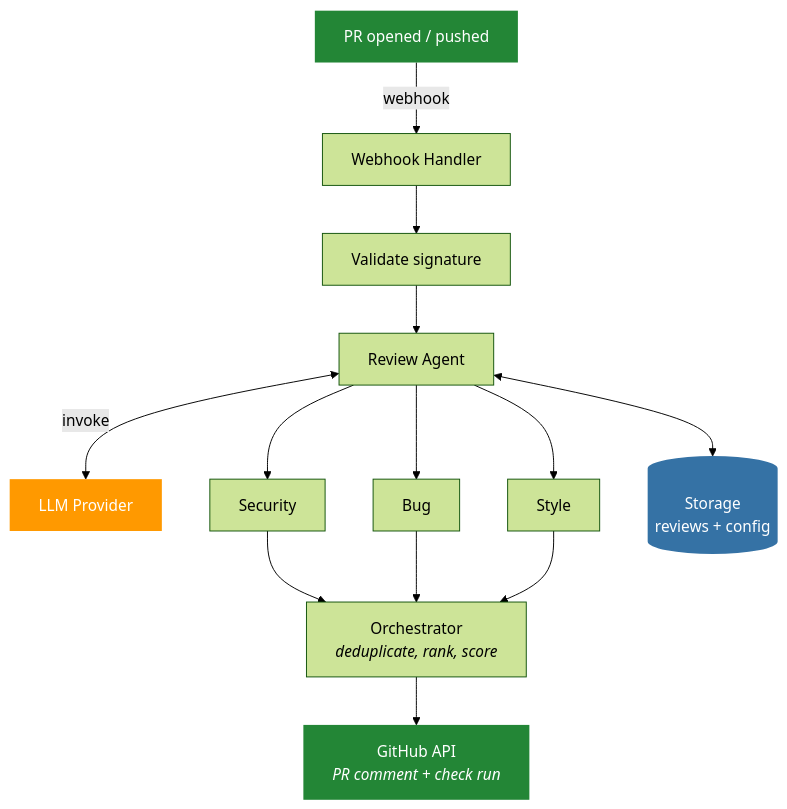
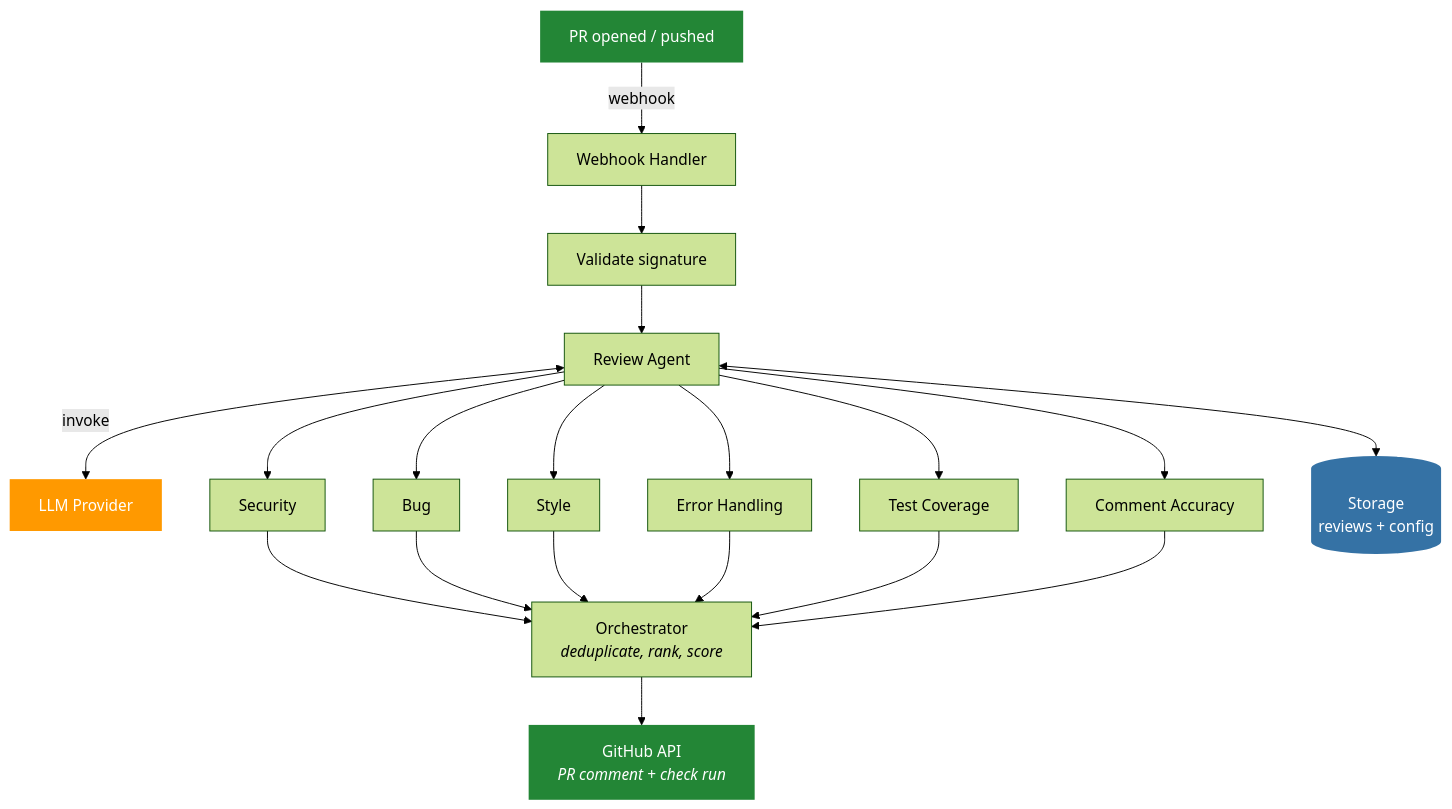
Before and after one commit to santthosh/mergewatch.ai: the diagram in README.md, drawn with Mermaid (forest theme). The commit also changed other lines of this file, not shown here.

````diff
--- a/README.md
+++ b/README.md
@@ -41,18 +89,21 @@
 ```mermaid
 flowchart TD
     A["PR opened / pushed"] -->|webhook| B["Webhook Handler"]
     B --> C["Validate signature"]
     C --> D["Review Agent"]
     D <-->|"invoke"| E["LLM Provider"]
     D --> F["Security"]
     D --> G["Bug"]
     D --> H["Style"]
-    F & G & H --> I["Orchestrator<br/><i>deduplicate, rank, score</i>"]
-    I --> J["GitHub API<br/><i>PR comment + check run</i>"]
-    D <--> K[("Storage<br/>reviews + config")]
+    D --> I["Error Handling"]
+    D --> J["Test Coverage"]
+    D --> K["Comment Accuracy"]
+    F & G & H & I & J & K --> L["Orchestrator<br/><i>deduplicate, rank, score</i>"]
+    L --> M["GitHub API<br/><i>PR comment + check run</i>"]
+    D <--> N[("Storage<br/>reviews + config")]
 
     style A fill:#238636,color:#fff,stroke:none
     style E fill:#ff9900,color:#fff,stroke:none
-    style J fill:#238636,color:#fff,stroke:none
-    style K fill:#3572A5,color:#fff,stroke:none
+    style M fill:#238636,color:#fff,stroke:none
+    style N fill:#3572A5,color:#fff,stroke:none
 ```
````
